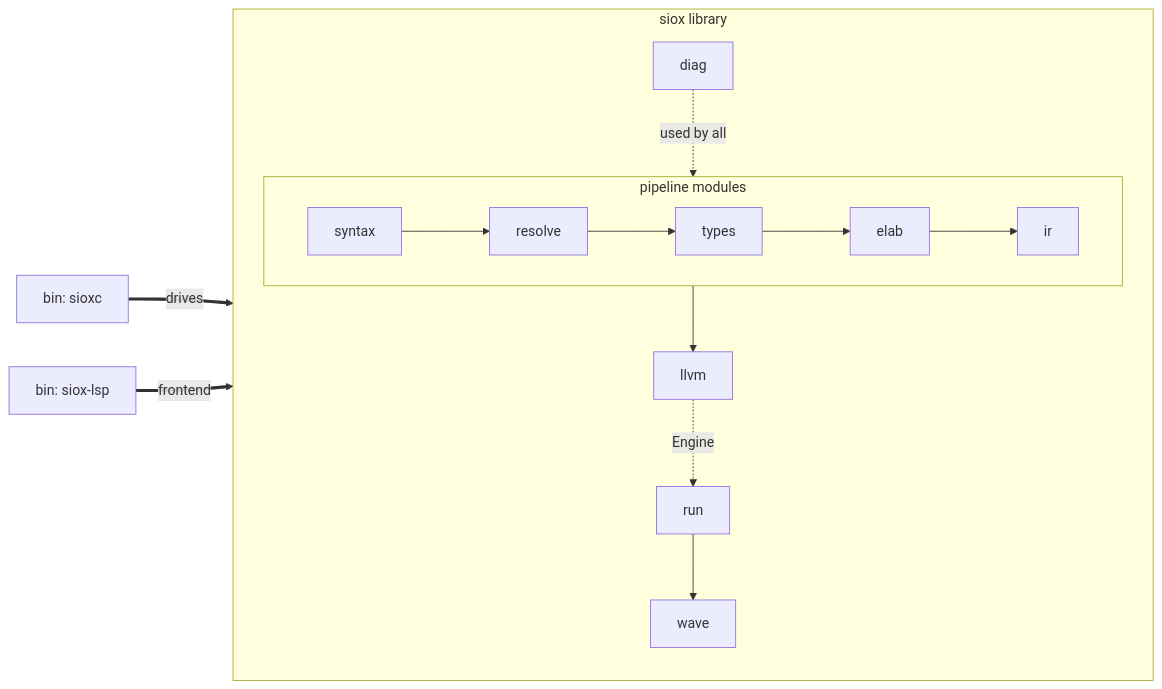
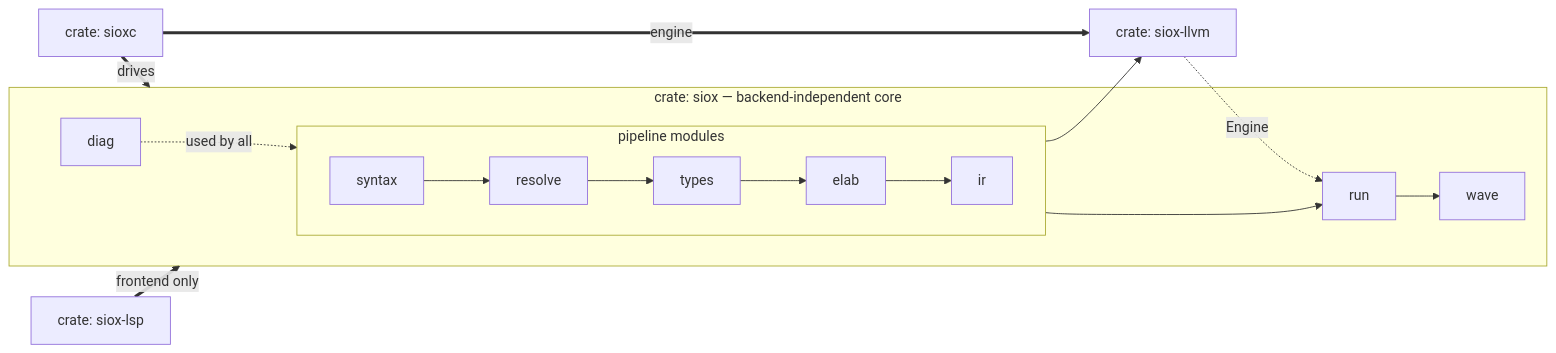
The first of 2 diagrams in docs/architecture.md (Siox-lang/sioxc), drawn with Mermaid before and after one commit. The commit also changed other lines of this file and 29 other files, not shown here.

First line of the commit message:
refactor: split siox-llvm and siox-lsp into their own crates

````diff
--- a/docs/architecture.md
+++ b/docs/architecture.md
@@ -10,15 +18,17 @@
 ```mermaid
 flowchart LR
-    subgraph lib [siox library]
+    subgraph core [crate: siox — backend-independent core]
         subgraph pipeline [pipeline modules]
             direction LR
             SY[syntax] --> RE[resolve] --> TY[types] --> EL[elab] --> IR[ir]
         end
-        IR --> LL[llvm]
-        LL -. Engine .-> RUN[run]
+        IR --> RUN[run]
         RUN --> WA[wave]
         DIAG[diag] -. used by all .-> pipeline
     end
-    CLI[bin: sioxc] == drives ==> lib
-    LSP[bin: siox-lsp] == frontend ==> lib
+    IR --> LL[crate: siox-llvm]
+    LL -. Engine .-> RUN
+    CLI[crate: sioxc] == drives ==> core
+    CLI == engine ==> LL
+    LSP[crate: siox-lsp] == frontend only ==> core
 ```
````
